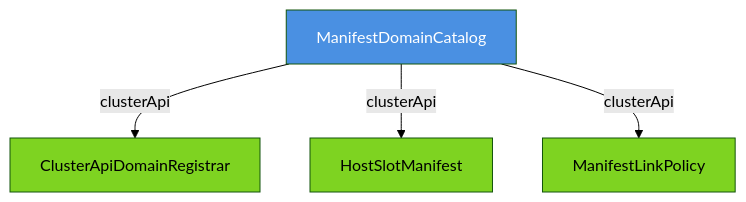
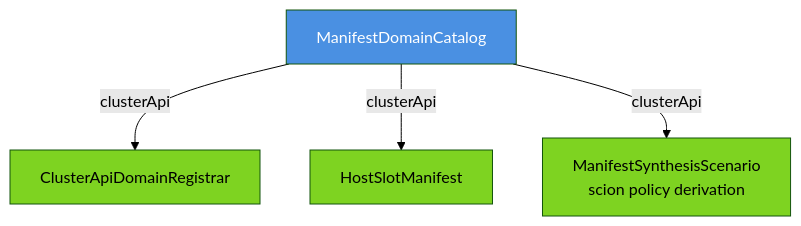
One commit to nxmatic/rke2lab changed the diagram in docs/architecture/manifests/manifest-domain-catalog-pattern.adoc. Above: the diagram before and after it, drawn with Mermaid (forest theme). The commit also changed other lines of this file and 18 other files, not shown here.

```diff
--- a/docs/architecture/manifests/manifest-domain-catalog-pattern.adoc
+++ b/docs/architecture/manifests/manifest-domain-catalog-pattern.adoc
@@ -17,16 +17,16 @@
 [mermaid]
 ....
 graph TD
     Catalog[ManifestDomainCatalog]
     Catalog -->|clusterApi| ClusterApiReg[ClusterApiDomainRegistrar]
     Catalog -->|clusterApi| HostManifest[HostSlotManifest]
-    Catalog -->|clusterApi| Policy[ManifestLinkPolicy]
+    Catalog -->|clusterApi| Policy[ManifestSynthesisScenario<br/>scion policy derivation]
 
     style Catalog fill:#4a90e2,color:#fff
     style ClusterApiReg fill:#7ed321
     style HostManifest fill:#7ed321
     style Policy fill:#7ed321
 
     classDef source fill:#4a90e2,color:#fff
     classDef consumer fill:#7ed321,color:#000
 ....
```
